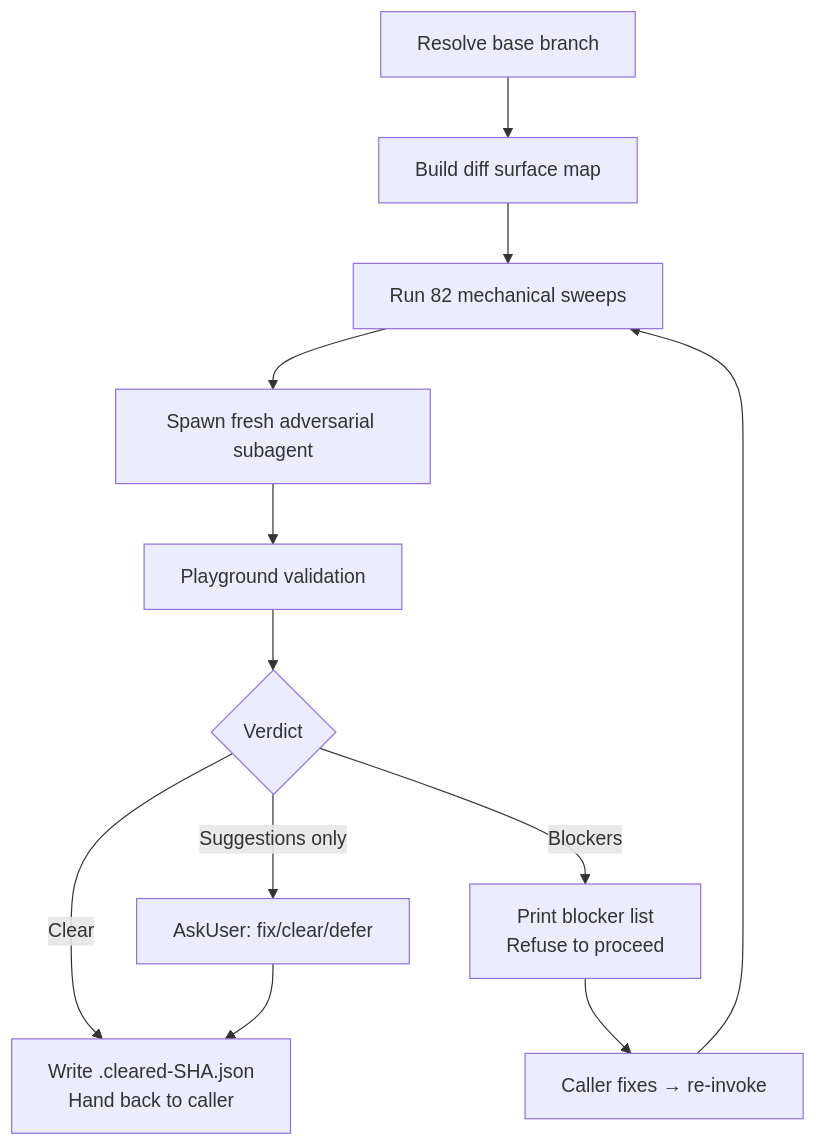
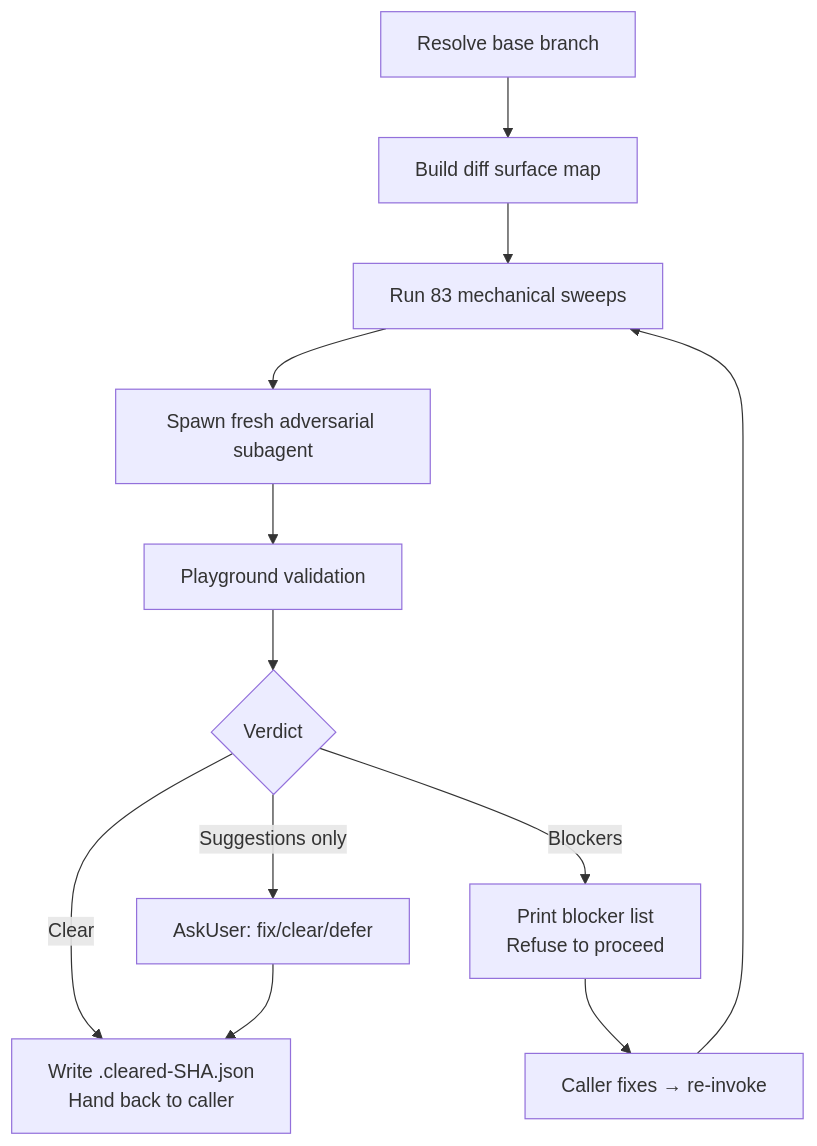
Before and after one commit to whizzzkid/skills: the diagram in skills/adversarial-review/README.md, drawn with Mermaid. The commit also changed other lines of this file and 15 other files, not shown here.

````diff
--- a/skills/adversarial-review/README.md
+++ b/skills/adversarial-review/README.md
@@ -16,14 +16,14 @@
 ```mermaid
 flowchart TD
     A[Resolve base branch] --> B[Build diff surface map]
-    B --> C[Run 82 mechanical sweeps]
+    B --> C[Run 83 mechanical sweeps]
     C --> D[Spawn fresh adversarial subagent]
     D --> E[Playground validation]
     E --> F{Verdict}
     F -->|Clear| G[Write .cleared-SHA.json<br/>Hand back to caller]
     F -->|Blockers| H[Print blocker list<br/>Refuse to proceed]
     F -->|Suggestions only| I[AskUser: fix/clear/defer]
     H --> J[Caller fixes → re-invoke]
     J --> C
     I --> G
 ```
````
